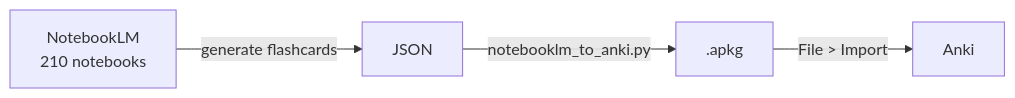
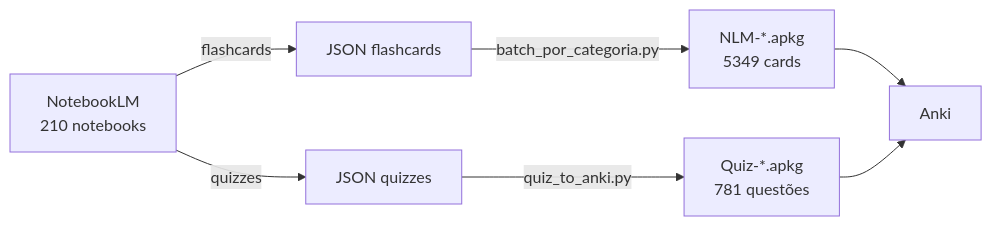
The second of 3 diagrams in docs/aprendizados.md (diogene5/anki-toolkit), drawn with Mermaid before and after one commit. The commit also changed other lines of this file and 2 other files, not shown here.

First line of the commit message:
docs: atualiza README, HANDOFF e aprendizados com fluxo de quizzes

````diff
--- a/docs/aprendizados.md
+++ b/docs/aprendizados.md
@@ -148,6 +148,9 @@
 ```mermaid
 flowchart LR
-    A[NotebookLM<br/>210 notebooks] -->|generate flashcards| B[JSON]
-    B -->|notebooklm_to_anki.py| C[.apkg]
-    C -->|File > Import| D[Anki]
+    A[NotebookLM<br/>210 notebooks] -->|flashcards| B[JSON flashcards]
+    A -->|quizzes| C[JSON quizzes]
+    B -->|batch_por_categoria.py| D[NLM-*.apkg<br/>5349 cards]
+    C -->|quiz_to_anki.py| E[Quiz-*.apkg<br/>781 questões]
+    D --> F[Anki]
+    E --> F
 ```
````
